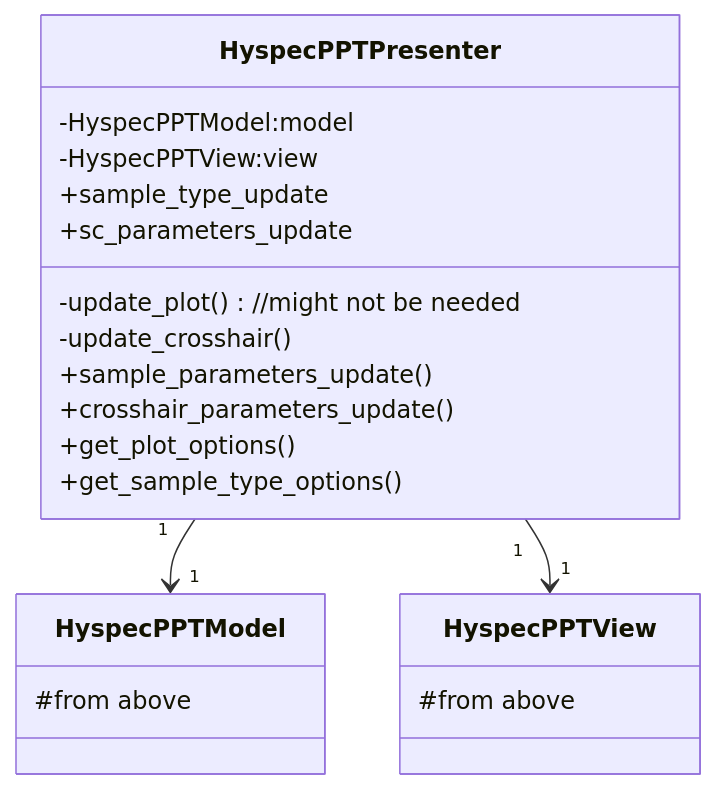
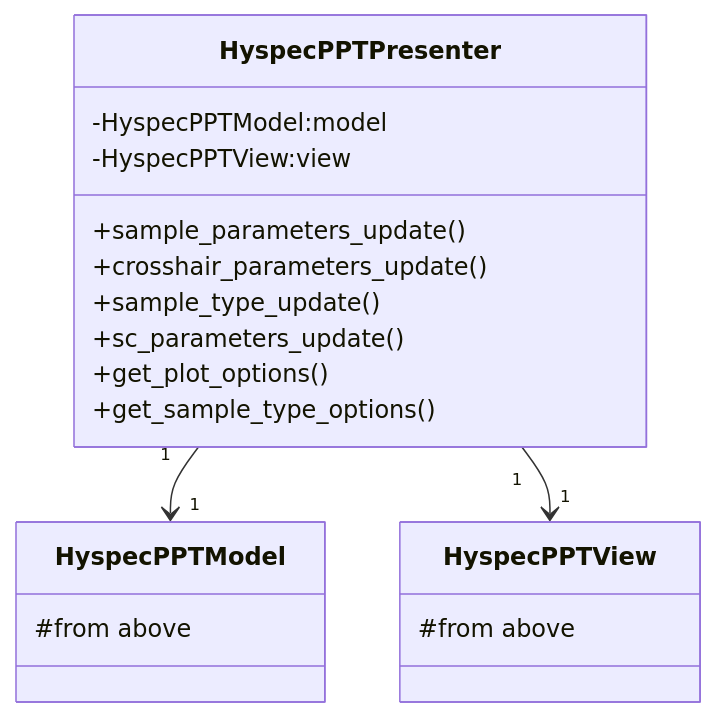
The third of 13 diagrams in docs/source/design/hyspecpptclasses.rst (neutrons/hyspecppt), drawn with Mermaid before and after one commit. The commit also changed other lines of this file and 1 other file, not shown here.

```diff
--- a/docs/source/design/hyspecpptclasses.rst
+++ b/docs/source/design/hyspecpptclasses.rst
@@ -424,26 +426,24 @@
 .. mermaid::
 
  classDiagram
     HyspecPPTPresenter "1" -->"1" HyspecPPTModel
     HyspecPPTPresenter "1" -->"1" HyspecPPTView
 
     class HyspecPPTPresenter{
         -HyspecPPTModel:model
         -HyspecPPTView:view
-        -update_plot() //might not be needed
-        -update_crosshair()
         +sample_parameters_update()
         +crosshair_parameters_update()
-        +sample_type_update
-        +sc_parameters_update
+        +sample_type_update()
+        +sc_parameters_update()
         +get_plot_options()
         +get_sample_type_options()
     }
 
     class HyspecPPTModel{
         #from above
     }
 
     class HyspecPPTView{
         #from above
     }
```
